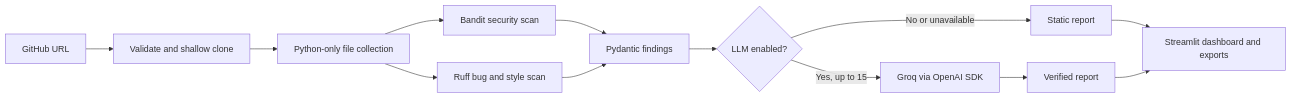
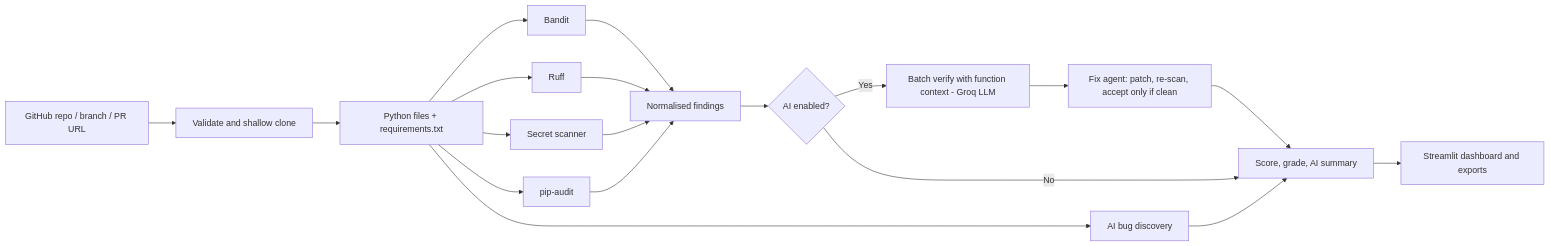
The diagram in README.md (shivaa-rana/AI-Code-Reviewer), drawn with Mermaid before and after one commit. The commit also changed other lines of this file and 17 other files, not shown here.

````diff
--- a/README.md
+++ b/README.md
@@ -10,15 +34,17 @@
 ```mermaid
 flowchart LR
-	A[GitHub URL] --> B[Validate and shallow clone]
-	B --> C[Python-only file collection]
-	C --> D[Bandit security scan]
-	C --> E[Ruff bug and style scan]
-	D --> F[Pydantic findings]
-	E --> F
-	F --> G{LLM enabled?}
-	G -->|Yes, up to 15| H[Groq via OpenAI SDK]
-	G -->|No or unavailable| I[Static report]
-	H --> J[Verified report]
-	I --> K[Streamlit dashboard and exports]
-	J --> K
+	A[GitHub repo / branch / PR URL] --> B[Validate and shallow clone]
+	B --> C[Python files + requirements.txt]
+	C --> D[Bandit]
+	C --> E[Ruff]
+	C --> S[Secret scanner]
+	C --> P[pip-audit]
+	D & E & S & P --> F[Normalised findings]
+	F --> G{AI enabled?}
+	G -->|Yes| H[Batch verify with function context - Groq LLM]
+	H --> I[Fix agent: patch, re-scan, accept only if clean]
+	C --> J[AI bug discovery]
+	I & J --> K[Score, grade, AI summary]
+	G -->|No| K
+	K --> L[Streamlit dashboard and exports]
 ```
````
